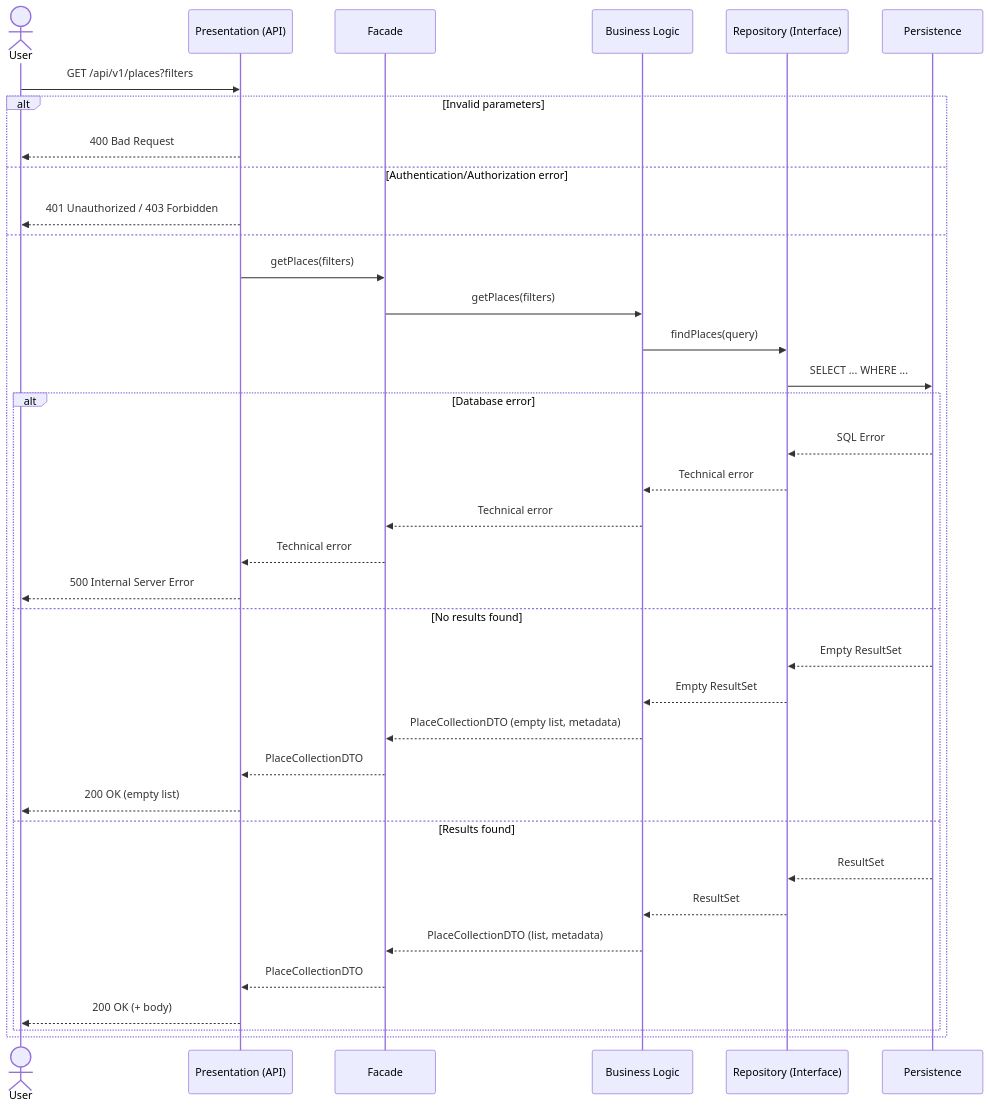
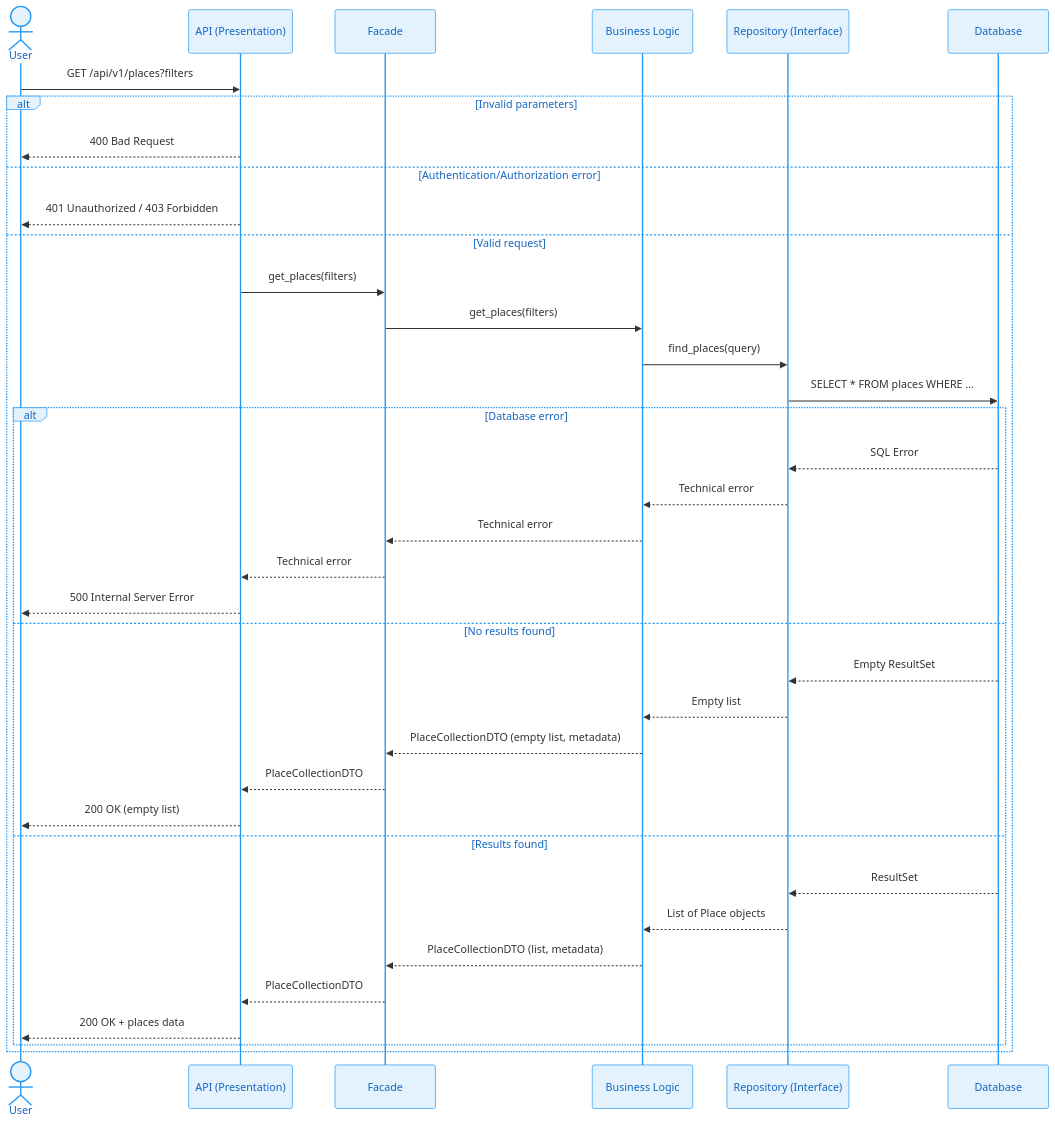
The fourth of 4 diagrams in Part1/API_Calls_diagrams.md (ValentinDLC/HolbertonSchool-Hbnb), drawn with Mermaid before and after one commit. The commit also changed other lines of this file, not shown here.

Commit message:
Style: add professional blue/grey theme to sequence diagrams

````diff
--- a/Part1/API_Calls_diagrams.md
+++ b/Part1/API_Calls_diagrams.md
@@ -151,42 +172,49 @@
 ```mermaid
+%%{init: {'theme':'base', 'themeVariables': {
+  'actorBkg':'#E3F2FD',
+  'actorBorder':'#2196F3',
+  'actorTextColor':'#1565C0',
+  'noteBkgColor':'#FFF9C4',
+  'noteBorderColor':'#FBC02D'
+}}}%%
 sequenceDiagram
-    actor User as User
-    participant API as Presentation (API)
+    actor User
+    participant API as API (Presentation)
     participant Facade as Facade
     participant BusinessLogic as Business Logic
     participant Repository as Repository (Interface)
-    participant Database as Persistence
+    participant Database as Database
 
     User->>API: GET /api/v1/places?filters
 
     alt Invalid parameters
         API-->>User: 400 Bad Request
     else Authentication/Authorization error
         API-->>User: 401 Unauthorized / 403 Forbidden
-    else
-        API->>Facade: getPlaces(filters)
-        Facade->>BusinessLogic: getPlaces(filters)
-        BusinessLogic->>Repository: findPlaces(query)
-        Repository->>Database: SELECT ... WHERE ...
+    else Valid request
+        API->>Facade: get_places(filters)
+        Facade->>BusinessLogic: get_places(filters)
+        BusinessLogic->>Repository: find_places(query)
+        Repository->>Database: SELECT * FROM places WHERE ...
 
         alt Database error
             Database-->>Repository: SQL Error
             Repository-->>BusinessLogic: Technical error
             BusinessLogic-->>Facade: Technical error
             Facade-->>API: Technical error
             API-->>User: 500 Internal Server Error
         else No results found
             Database-->>Repository: Empty ResultSet
-            Repository-->>BusinessLogic: Empty ResultSet
+            Repository-->>BusinessLogic: Empty list
             BusinessLogic-->>Facade: PlaceCollectionDTO (empty list, metadata)
             Facade-->>API: PlaceCollectionDTO
             API-->>User: 200 OK (empty list)
         else Results found
             Database-->>Repository: ResultSet
-            Repository-->>BusinessLogic: ResultSet
+            Repository-->>BusinessLogic: List of Place objects
             BusinessLogic-->>Facade: PlaceCollectionDTO (list, metadata)
             Facade-->>API: PlaceCollectionDTO
-            API-->>User: 200 OK (+ body)
+            API-->>User: 200 OK + places data
         end
     end
 ```
````
